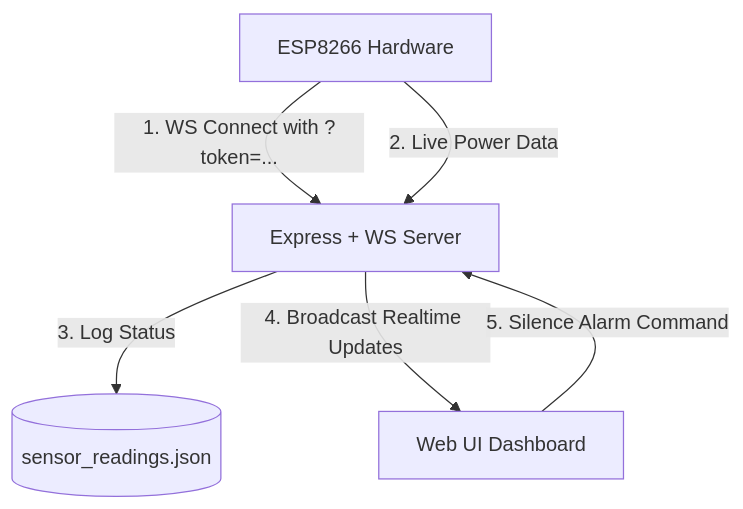
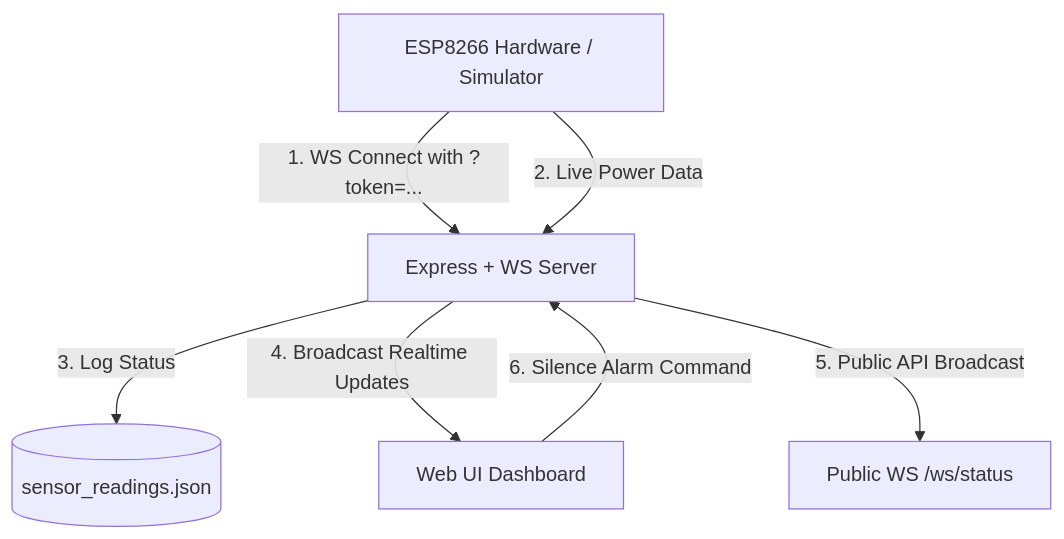
The diagram in README.md (neerajchoudhary220/HomePulse), drawn with Mermaid before and after one commit. The commit also changed other lines of this file, not shown here.

Commit message:
docs: update README with new Hindi alerts, simulator testing steps, and public API details

````diff
--- a/README.md
+++ b/README.md
@@ -9,8 +9,9 @@
 ```mermaid
 graph TD
-    ESP[ESP8266 Hardware] -- 1. WS Connect with ?token=... --> Server[Express + WS Server]
+    ESP[ESP8266 Hardware / Simulator] -- 1. WS Connect with ?token=... --> Server[Express + WS Server]
     ESP -- 2. Live Power Data --> Server
     Server -- 3. Log Status --> DB[(sensor_readings.json)]
     Server -- 4. Broadcast Realtime Updates --> Dashboard[Web UI Dashboard]
-    Dashboard -- 5. Silence Alarm Command --> Server
+    Server -- 5. Public API Broadcast --> PublicWS[Public WS /ws/status]
+    Dashboard -- 6. Silence Alarm Command --> Server
 ```
````
